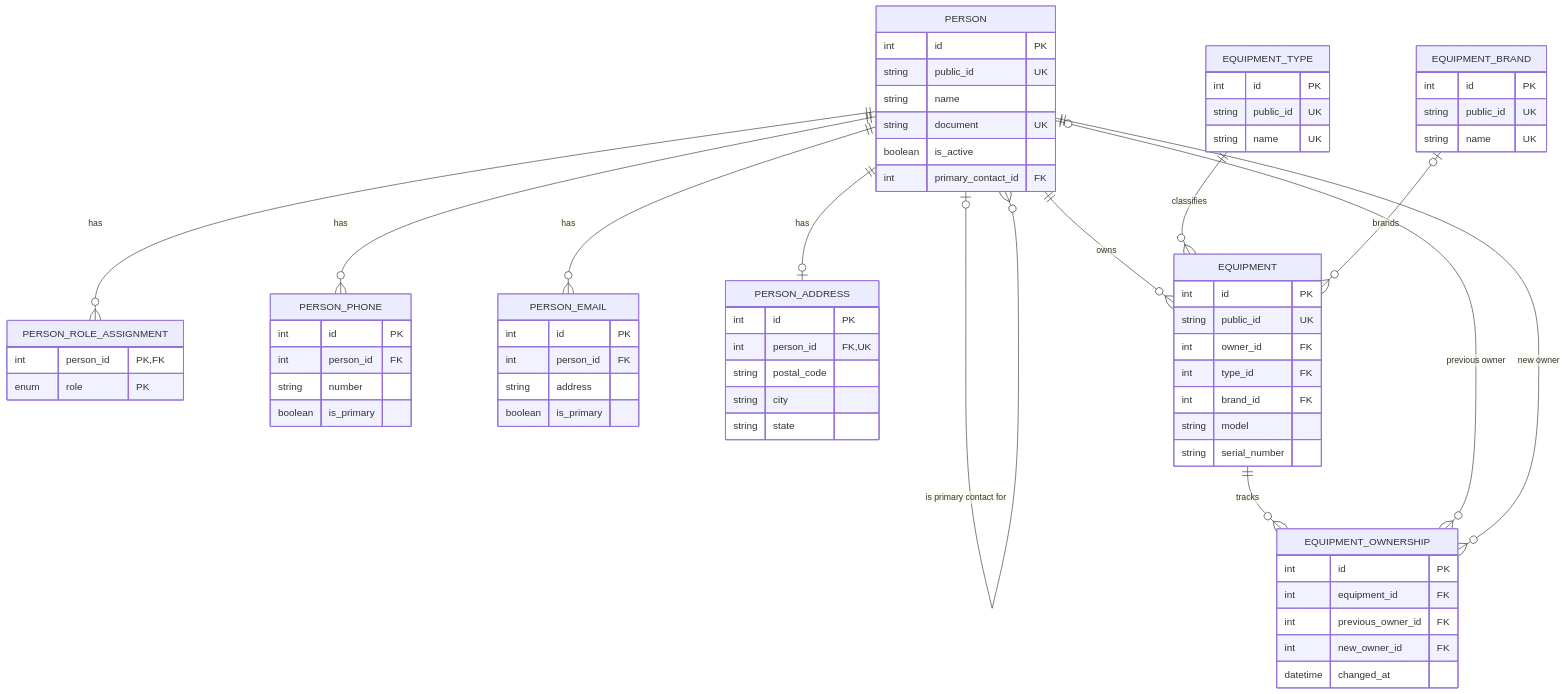
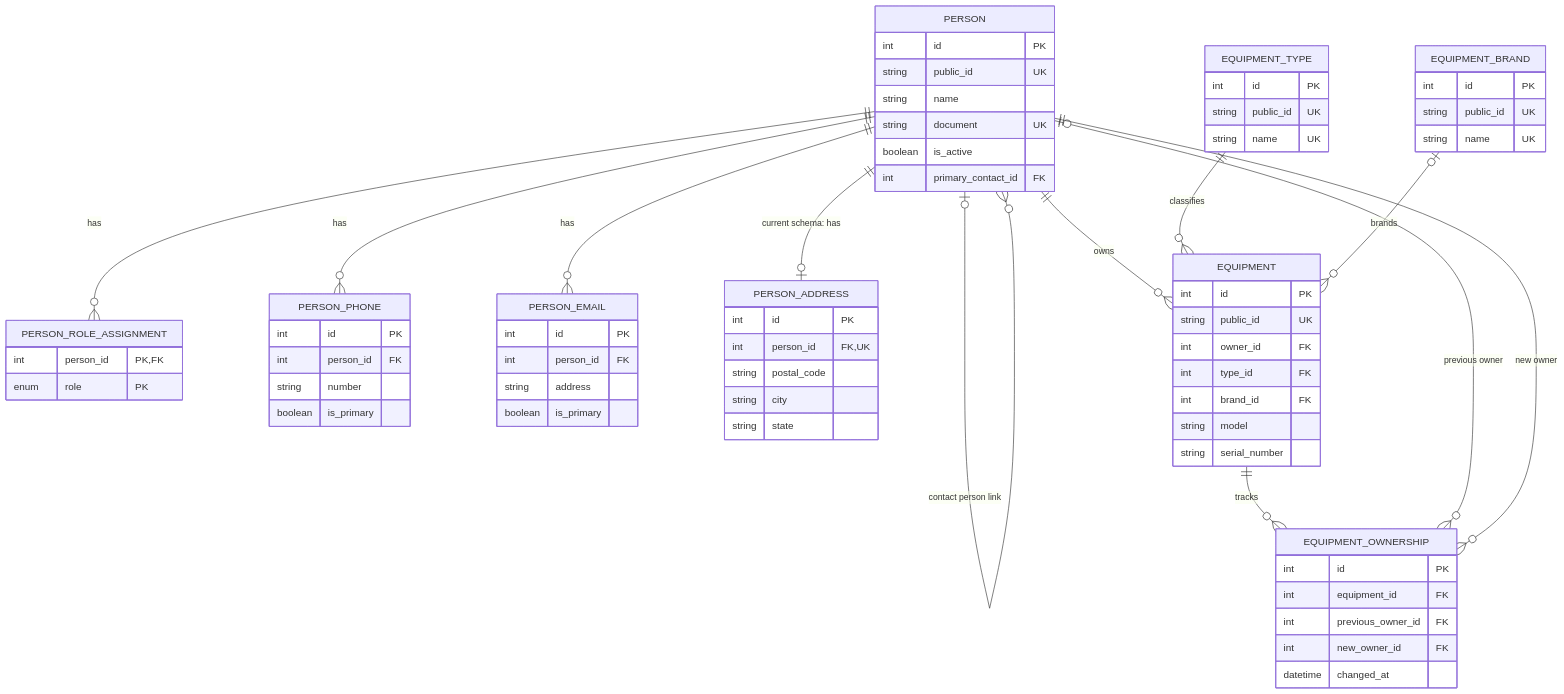
The diagram in docs/modelagem/Diagrama-Entidades.md (Noteduke/SistemaGestorOS), drawn with Mermaid before and after one commit. The commit also changed other lines of this file and 7 other files, not shown here.

````diff
--- a/docs/modelagem/Diagrama-Entidades.md
+++ b/docs/modelagem/Diagrama-Entidades.md
@@ -17,72 +17,72 @@
 ```mermaid
 erDiagram
   PERSON ||--o{ PERSON_ROLE_ASSIGNMENT : has
   PERSON ||--o{ PERSON_PHONE : has
   PERSON ||--o{ PERSON_EMAIL : has
-  PERSON ||--o| PERSON_ADDRESS : has
-  PERSON o|--o{ PERSON : "is primary contact for"
+  PERSON ||--o| PERSON_ADDRESS : "current schema: has"
+  PERSON o|--o{ PERSON : "contact person link"
   PERSON ||--o{ EQUIPMENT : owns
   EQUIPMENT_TYPE ||--o{ EQUIPMENT : classifies
   EQUIPMENT_BRAND o|--o{ EQUIPMENT : brands
   EQUIPMENT ||--o{ EQUIPMENT_OWNERSHIP : tracks
   PERSON o|--o{ EQUIPMENT_OWNERSHIP : "previous owner"
   PERSON ||--o{ EQUIPMENT_OWNERSHIP : "new owner"
 
   PERSON {
     int id PK
     string public_id UK
     string name
     string document UK
     boolean is_active
     int primary_contact_id FK
   }
   PERSON_ROLE_ASSIGNMENT {
     int person_id PK,FK
     enum role PK
   }
   PERSON_PHONE {
     int id PK
     int person_id FK
     string number
     boolean is_primary
   }
   PERSON_EMAIL {
     int id PK
     int person_id FK
     string address
     boolean is_primary
   }
   PERSON_ADDRESS {
     int id PK
     int person_id FK,UK
     string postal_code
     string city
     string state
   }
   EQUIPMENT_TYPE {
     int id PK
     string public_id UK
     string name UK
   }
   EQUIPMENT_BRAND {
     int id PK
     string public_id UK
     string name UK
   }
   EQUIPMENT {
     int id PK
     string public_id UK
     int owner_id FK
     int type_id FK
     int brand_id FK
     string model
     string serial_number
   }
   EQUIPMENT_OWNERSHIP {
     int id PK
     int equipment_id FK
     int previous_owner_id FK
     int new_owner_id FK
     datetime changed_at
   }
 ```
````
